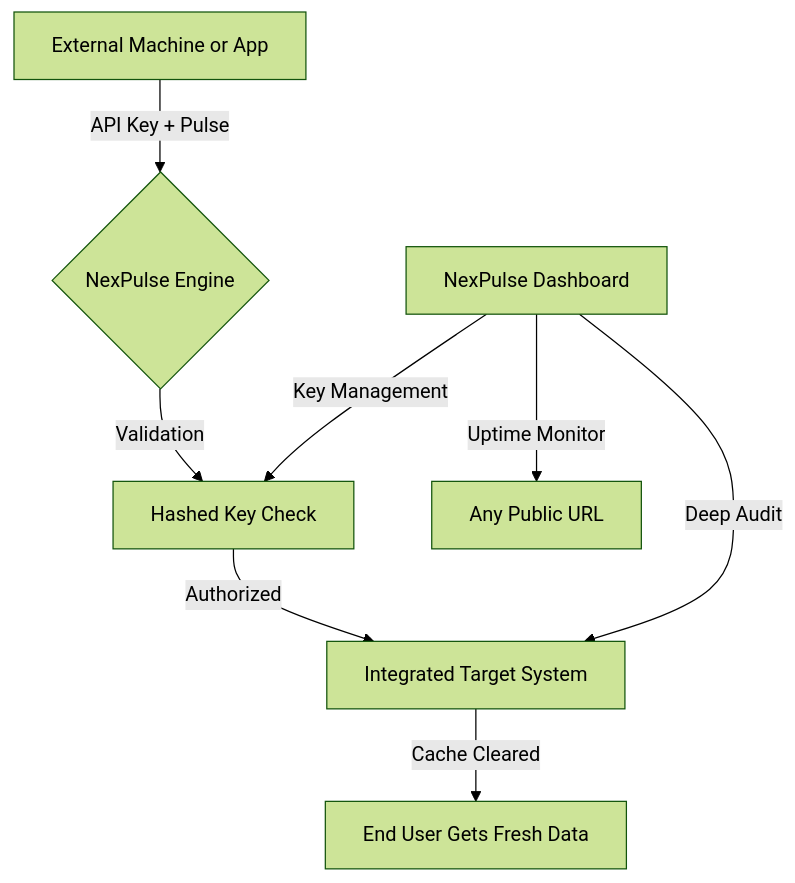
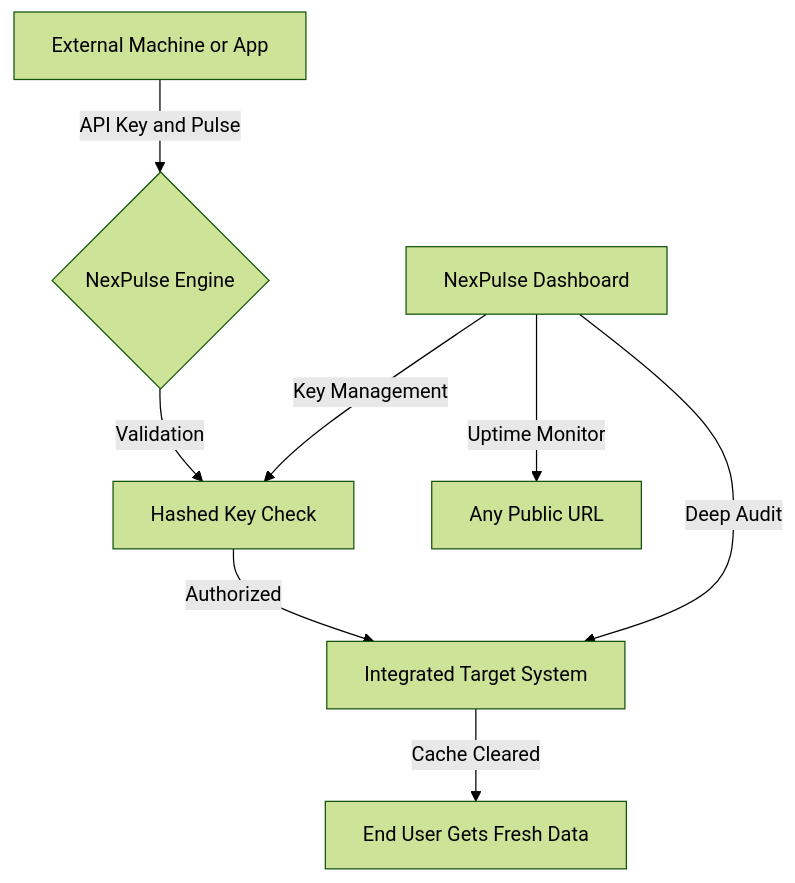
One commit to inkand-paper/Optimizer changed the diagram in MASTER_GUIDE.md. Above: the diagram before and after it, drawn with Mermaid (forest theme).

Commit message:
fix: remove quotes from mermaid diagram to ensure v9 parser compatibility

````diff
--- a/MASTER_GUIDE.md
+++ b/MASTER_GUIDE.md
@@ -16,10 +16,10 @@
 ```mermaid
 graph TD
-    A["External Machine or App"] -- "API Key + Pulse" --> B{"NexPulse Engine"}
-    B -- "Validation" --> C["Hashed Key Check"]
-    C -- "Authorized" --> D["Integrated Target System"]
-    D -- "Cache Cleared" --> E["End User Gets Fresh Data"]
-    F["NexPulse Dashboard"] -- "Key Management" --> C
-    F -- "Uptime Monitor" --> G["Any Public URL"]
-    F -- "Deep Audit" --> D
+    A[External Machine or App] -- API Key and Pulse --> B{NexPulse Engine}
+    B -- Validation --> C[Hashed Key Check]
+    C -- Authorized --> D[Integrated Target System]
+    D -- Cache Cleared --> E[End User Gets Fresh Data]
+    F[NexPulse Dashboard] -- Key Management --> C
+    F -- Uptime Monitor --> G[Any Public URL]
+    F -- Deep Audit --> D
 ```
````
